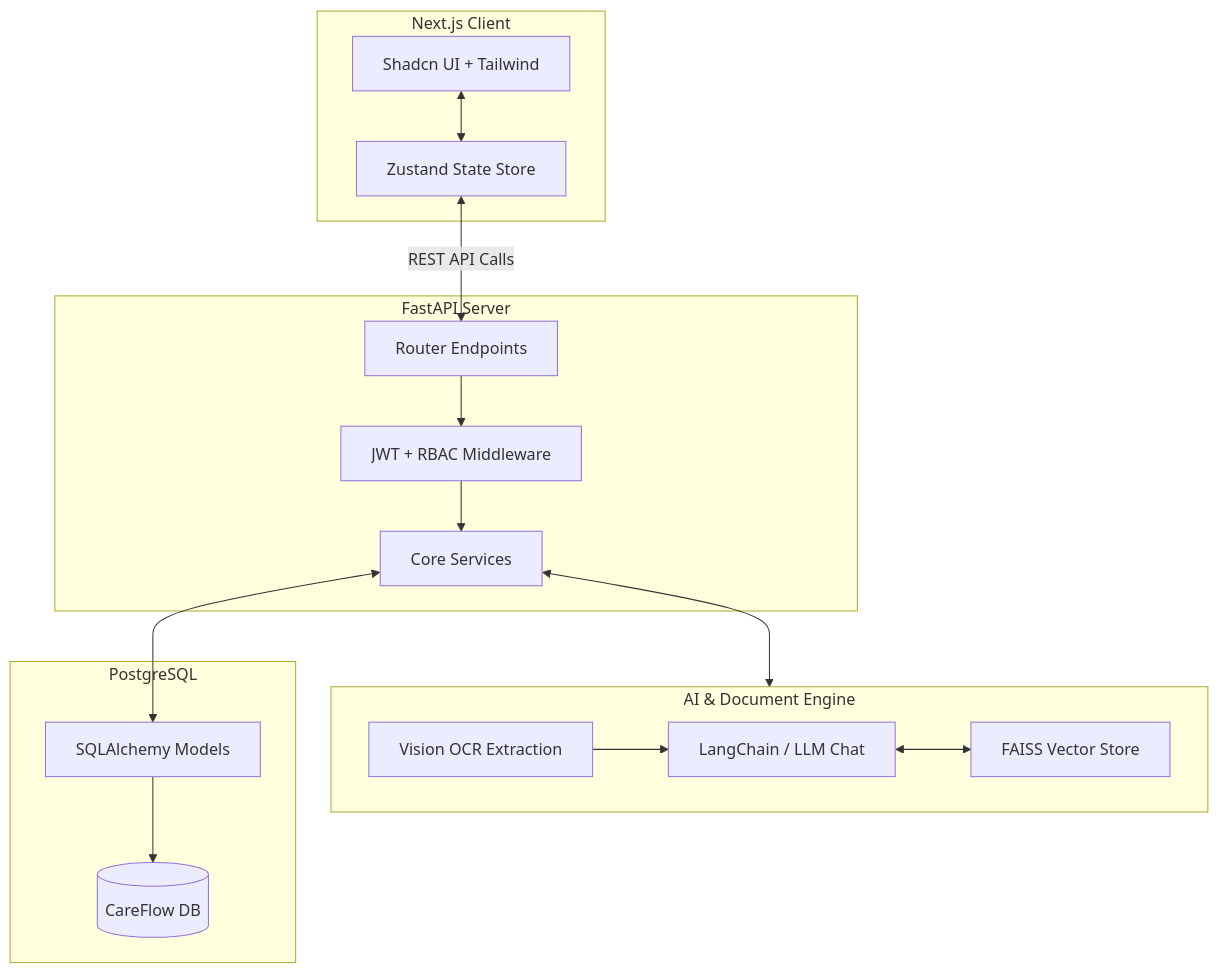
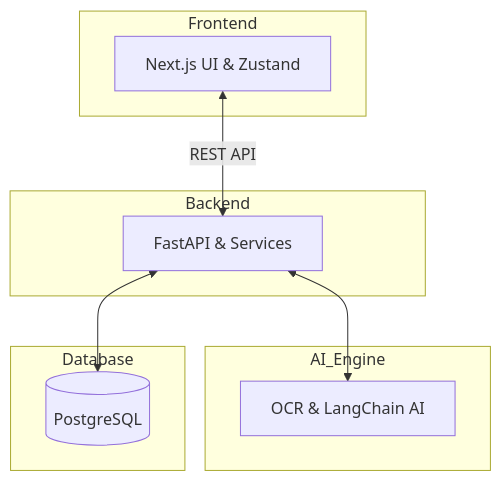
The diagram in README.md (AshrafGalaxy/CareFlow), drawn with Mermaid before and after one commit. The commit also changed other lines of this file, not shown here.

Commit message:
docs: remove hackathon tag, fix mermaid diagram visibility, update contributors list

````diff
--- a/README.md
+++ b/README.md
@@ -64,42 +63,27 @@
 ```mermaid
 graph TD
     %% Frontend Layer
-    subgraph Frontend [Next.js Client]
-        UI[Shadcn UI + Tailwind]
-        Zustand[Zustand State Store]
-        UI <--> Zustand
+    subgraph Frontend
+        A[Next.js UI & Zustand]
     end
 
     %% Backend Layer
-    subgraph Backend [FastAPI Server]
-        API[Router Endpoints]
-        Auth[JWT + RBAC Middleware]
-        Services[Core Services]
-        
-        API --> Auth
-        Auth --> Services
+    subgraph Backend
+        B[FastAPI & Services]
     end
 
     %% AI Layer
-    subgraph AI_Engine [AI & Document Engine]
-        OCR[Vision OCR Extraction]
-        LLM[LangChain / LLM Chat]
-        Vector[FAISS Vector Store]
-        
-        OCR --> LLM
-        LLM <--> Vector
+    subgraph AI_Engine
+        C[OCR & LangChain AI]
     end
 
     %% Data Layer
-    subgraph Database [PostgreSQL]
-        Models[SQLAlchemy Models]
-        Schema[(CareFlow DB)]
-        
-        Models --> Schema
+    subgraph Database
+        D[(PostgreSQL)]
     end
 
     %% Connections
-    Zustand <--> |REST API Calls| API
-    Services <--> AI_Engine
-    Services <--> Models
+    A <-->|REST API| B
+    B <--> C
+    B <--> D
 ```
````
